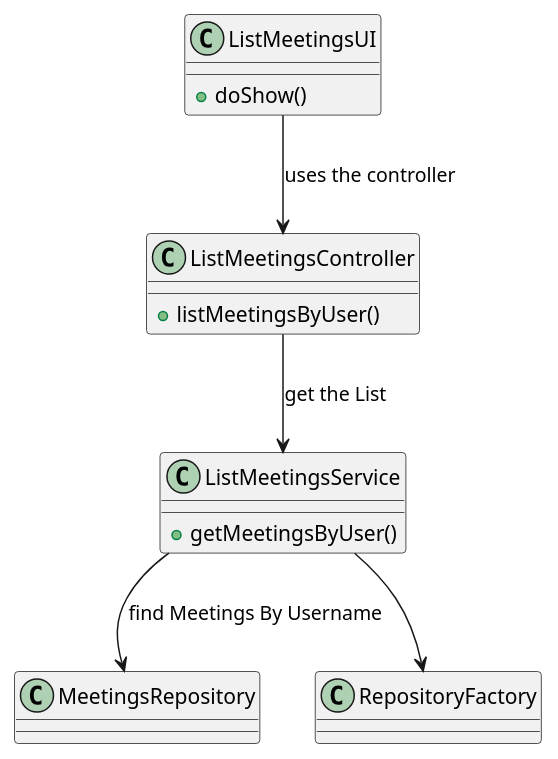
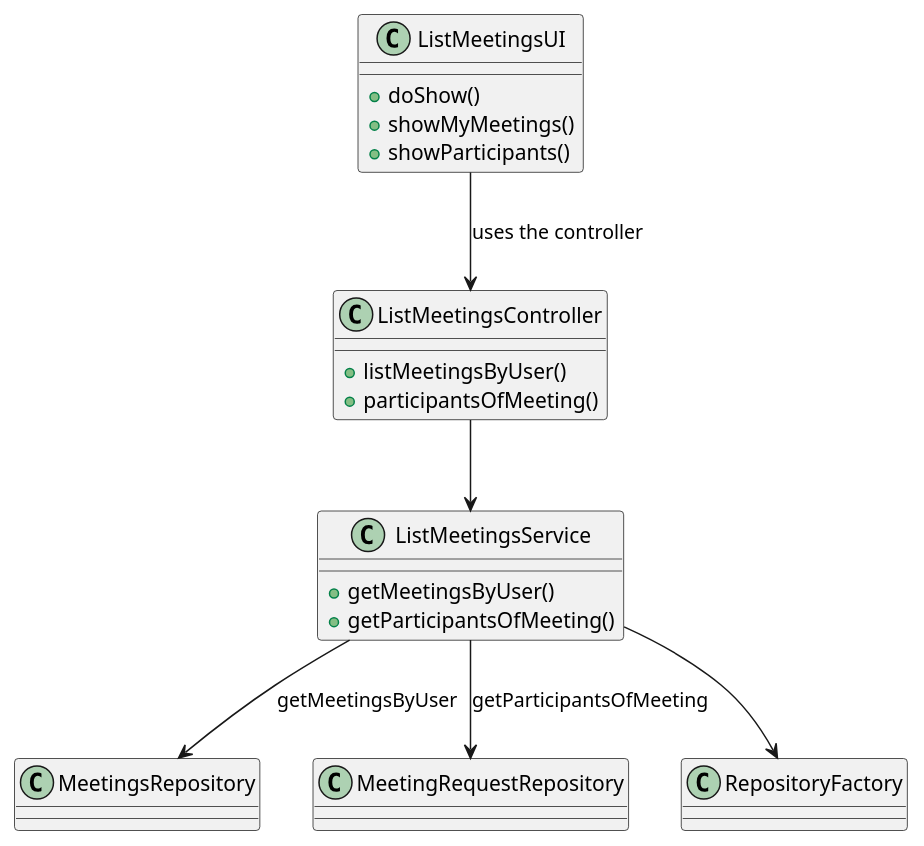
The diagram in docs/SPRINT C/US4004 - View a list of participants in my meeting and their status/Class_Diagram.puml (mascenso/isep-sem4-lapr4), drawn with PlantUML before and after one commit. The commit also changed 8 other files, not shown here.

```diff
--- a/docs/SPRINT C/US4004 - View a list of participants in my meeting and their status/Class_Diagram.puml
+++ b/docs/SPRINT C/US4004 - View a list of participants in my meeting and their status/Class_Diagram.puml
@@ -1,27 +1,35 @@
 @startuml
 'https://plantuml.com/class-diagram
 
 class ListMeetingsUI {
     + doShow()
+    + showMyMeetings()
+    + showParticipants()
 }
 
 class ListMeetingsController {
     + listMeetingsByUser()
+    + participantsOfMeeting()
 }
 
 class ListMeetingsService {
     + getMeetingsByUser()
+    + getParticipantsOfMeeting()
 }
 
 class MeetingsRepository {
+}
+
+class MeetingRequestRepository {
 }
 
 class RepositoryFactory {
 }
 
 ListMeetingsUI -down-> ListMeetingsController   : uses the controller
-ListMeetingsController --> ListMeetingsService  : get the List
+ListMeetingsController --> ListMeetingsService
 ListMeetingsService --> RepositoryFactory
-ListMeetingsService --> MeetingsRepository      : find Meetings By Username
+ListMeetingsService --> MeetingsRepository      : getMeetingsByUser
+ListMeetingsService --> MeetingRequestRepository: getParticipantsOfMeeting
 
 @enduml
```
